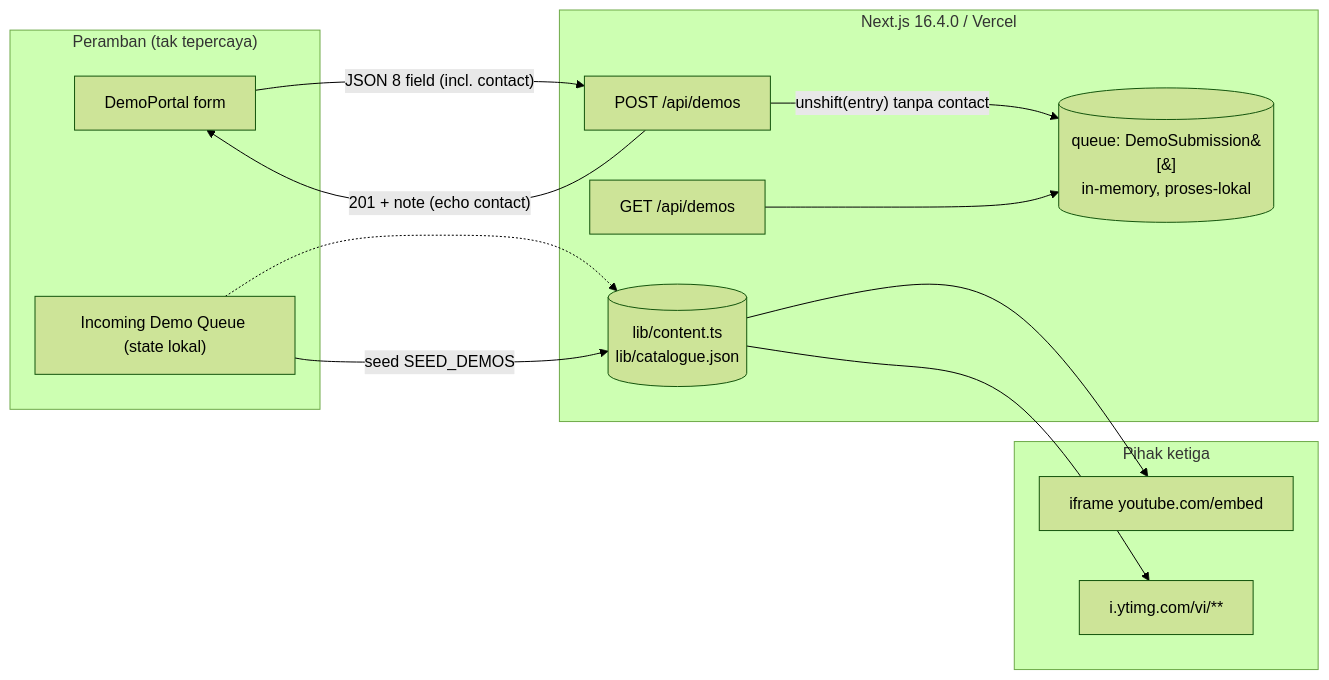
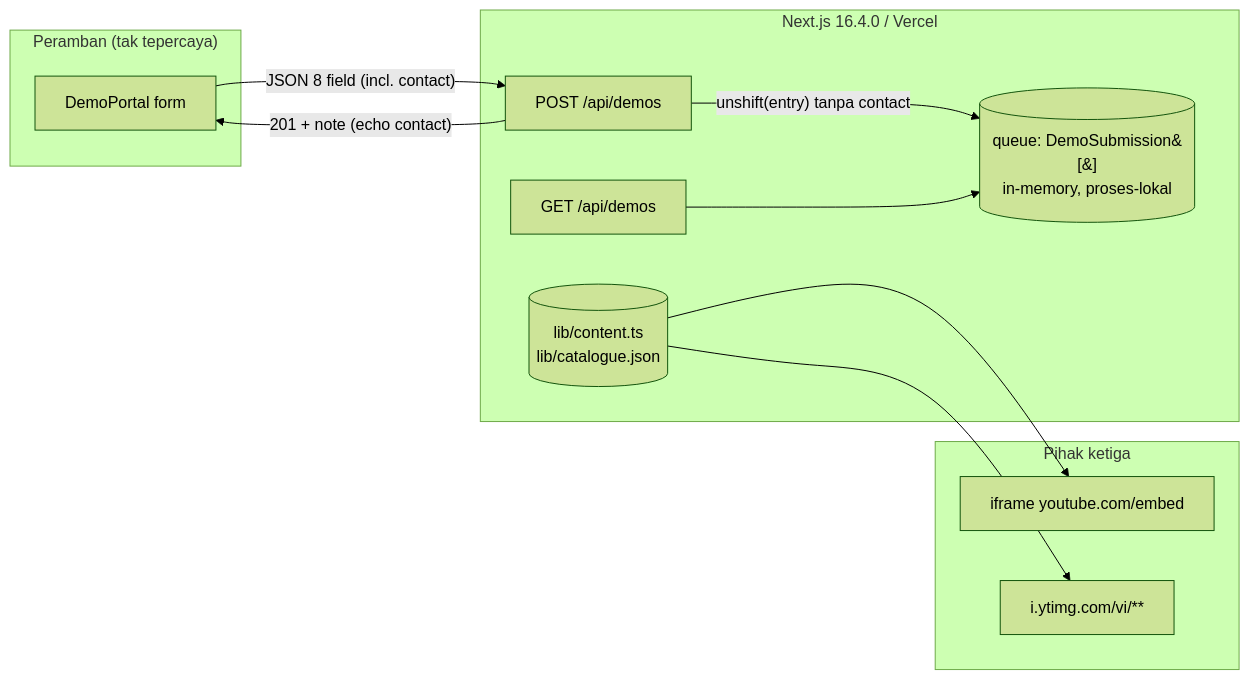
The diagram in docs/SECURITY-PRIVACY.md (albiruby/melodialam-website), drawn with Mermaid (forest theme) before and after one commit. The commit also changed 6 other files, not shown here.

Commit message:
Remove the public demo queue from /submit

````diff
--- a/docs/SECURITY-PRIVACY.md
+++ b/docs/SECURITY-PRIVACY.md
@@ -91,28 +91,25 @@
 ```mermaid
 flowchart LR
   subgraph Browser["Peramban (tak tepercaya)"]
     Form["DemoPortal form"]
-    Q["Incoming Demo Queue (state lokal)"]
   end
 
   subgraph Next["Next.js 16.4.0 / Vercel"]
     RH["POST /api/demos"]
     G["GET /api/demos"]
     Mem[("queue: DemoSubmission&#91;&#93;<br/>in-memory, proses-lokal")]
     Cat[("lib/content.ts<br/>lib/catalogue.json")]
   end
 
   subgraph Ext["Pihak ketiga"]
     YT["iframe youtube.com/embed"]
     IMG["i.ytimg.com/vi/**"]
   end
 
   Form -->|"JSON 8 field (incl. contact)"| RH
   RH -->|"unshift(entry) tanpa contact"| Mem
   RH -->|"201 + note (echo contact)"| Form
   G --> Mem
-  Q -.-> Cat
-  Q -->|"seed SEED_DEMOS"| Cat
   Cat --> YT
   Cat --> IMG
 ```
````
